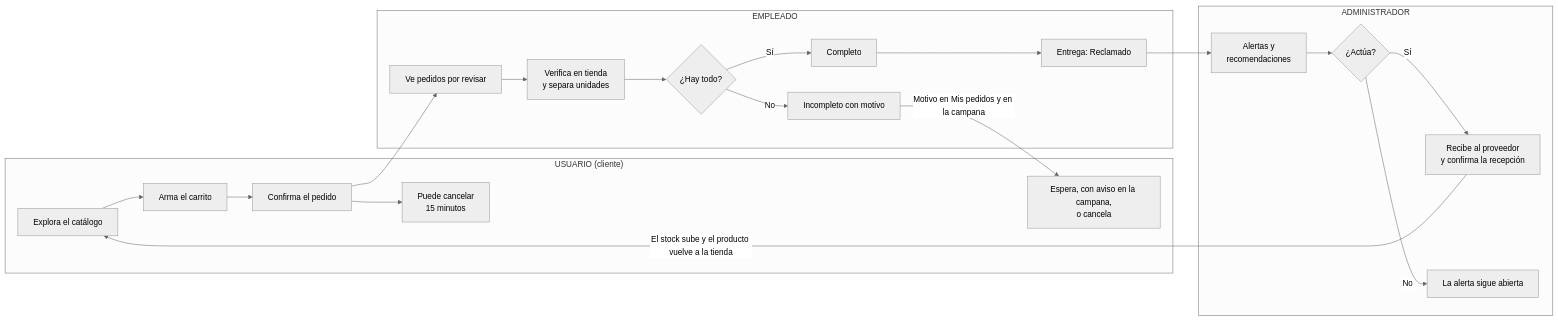
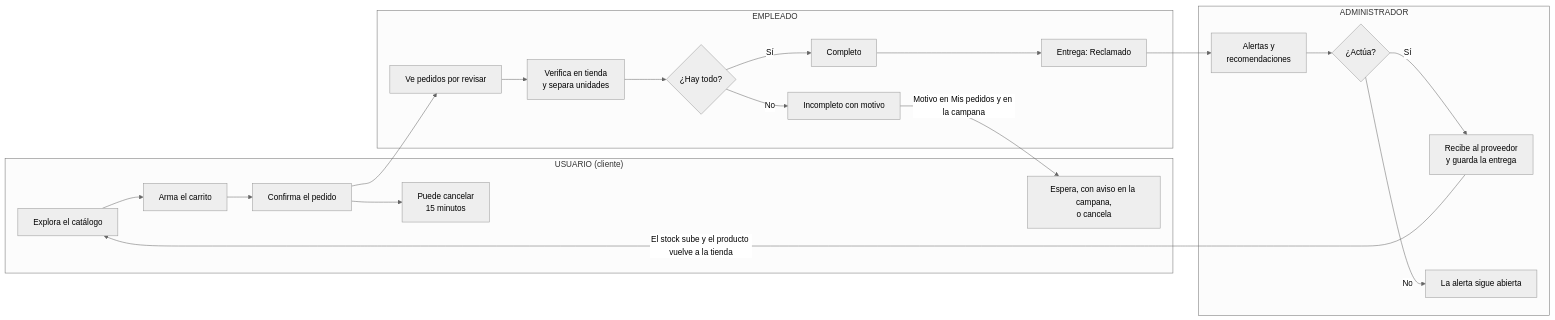
Before and after one commit to PPI-2026-2/PPI: the diagram in README.md, drawn with Mermaid (neutral theme). The commit also changed other lines of this file and 32 other files, not shown here.

````diff
--- a/README.md
+++ b/README.md
@@ -18,24 +18,24 @@
 ```mermaid
 flowchart LR
     subgraph C["USUARIO (cliente)"]
         C1[Explora el catálogo] --> C2[Arma el carrito] --> C3[Confirma el pedido]
         C3 --> C4["Puede cancelar<br/>15 minutos"]
         C5["Espera, con aviso en la campana,<br/>o cancela"]
     end
     subgraph E["EMPLEADO"]
         E1[Ve pedidos por revisar] --> E2["Verifica en tienda<br/>y separa unidades"]
         E2 --> E3{¿Hay todo?}
         E3 -- Sí --> E4[Completo]
         E3 -- No --> E5[Incompleto con motivo]
         E4 --> E6[Entrega: Reclamado]
     end
     subgraph A["ADMINISTRADOR"]
         A1["Alertas y<br/>recomendaciones"] --> A2{¿Actúa?}
-        A2 -- Sí --> A3["Recibe al proveedor<br/>y confirma la recepción"]
+        A2 -- Sí --> A3["Recibe al proveedor<br/>y guarda la entrega"]
         A2 -- No --> A4[La alerta sigue abierta]
     end
     C3 --> E1
     E5 -->|Motivo en Mis pedidos y en la campana| C5
     E6 --> A1
     A3 -->|El stock sube y el producto vuelve a la tienda| C1
 ```
````
